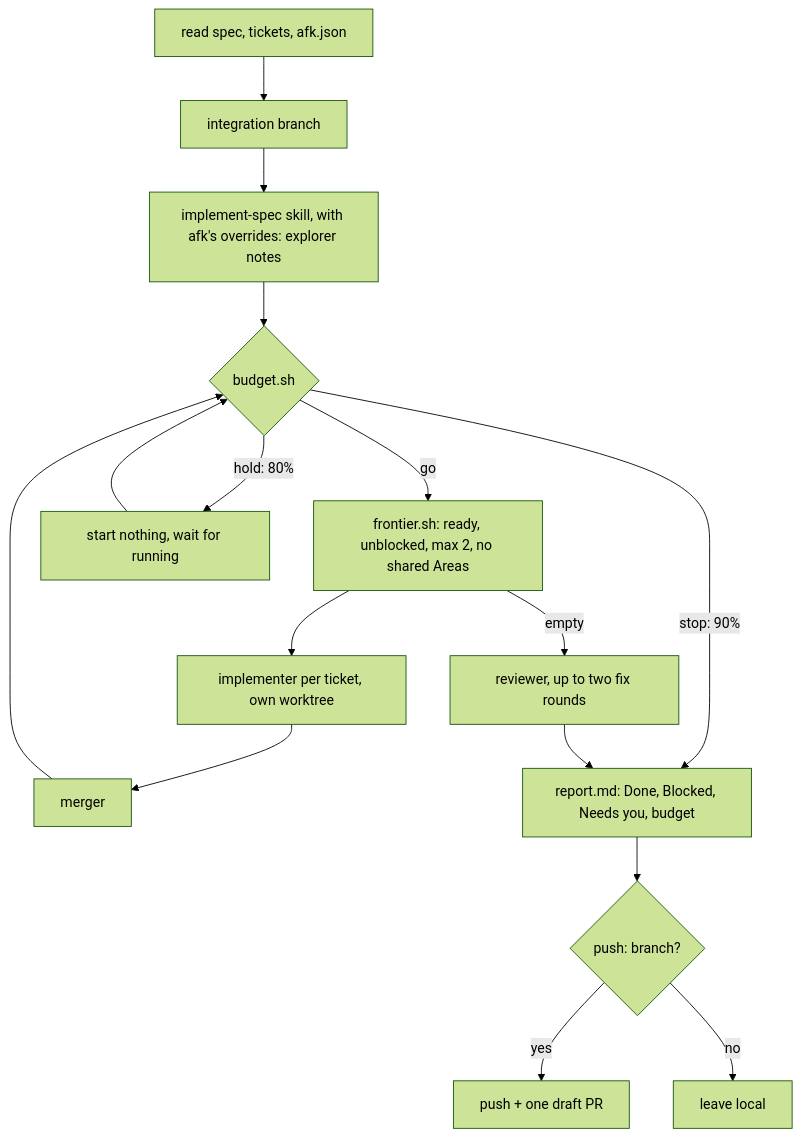
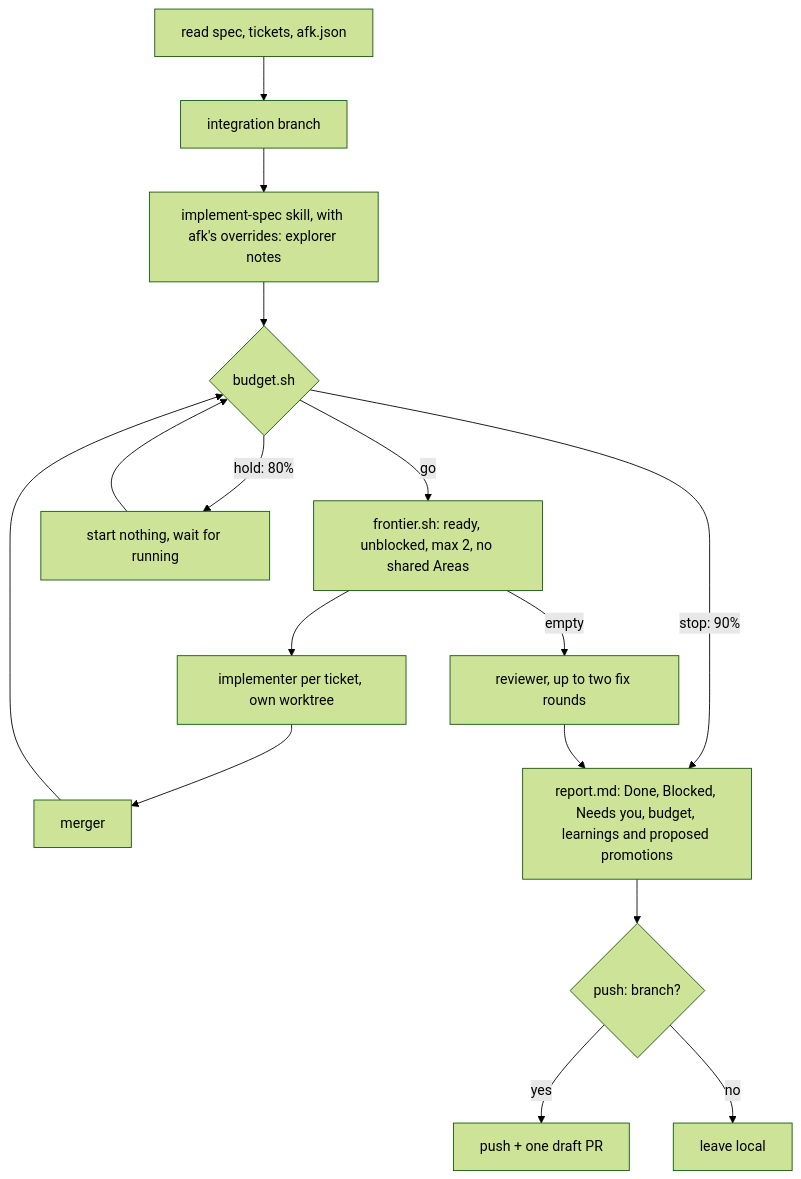
One commit to willianjusten/agent-skills changed the diagram in skills/engineering/afk/README.md. Above: the diagram before and after it, drawn with Mermaid (forest theme). The commit also changed other lines of this file and 2 other files, not shown here.

Commit message:
feat(afk): report learnings and propose promotions without applying them

````diff
--- a/skills/engineering/afk/README.md
+++ b/skills/engineering/afk/README.md
@@ -7,18 +7,18 @@
 ```mermaid
 flowchart TD
     READ[read spec, tickets, afk.json] --> BR[integration branch]
     BR --> IS[implement-spec skill, with afk's overrides: explorer notes]
     IS --> BUD{budget.sh}
     BUD -->|go| FR[frontier.sh: ready, unblocked, max 2, no shared Areas]
     FR --> IMP[implementer per ticket, own worktree]
     IMP --> MRG[merger]
     MRG --> BUD
     BUD -->|hold: 80%| WAIT[start nothing, wait for running]
     WAIT --> BUD
     BUD -->|stop: 90%| REP
     FR -->|empty| REV[reviewer, up to two fix rounds]
-    REV --> REP[report.md: Done, Blocked, Needs you, budget]
+    REV --> REP[report.md: Done, Blocked, Needs you, budget, learnings and proposed promotions]
     REP --> PUSH{"push: branch?"}
     PUSH -->|yes| PR[push + one draft PR]
     PUSH -->|no| LOCAL[leave local]
 ```
````
